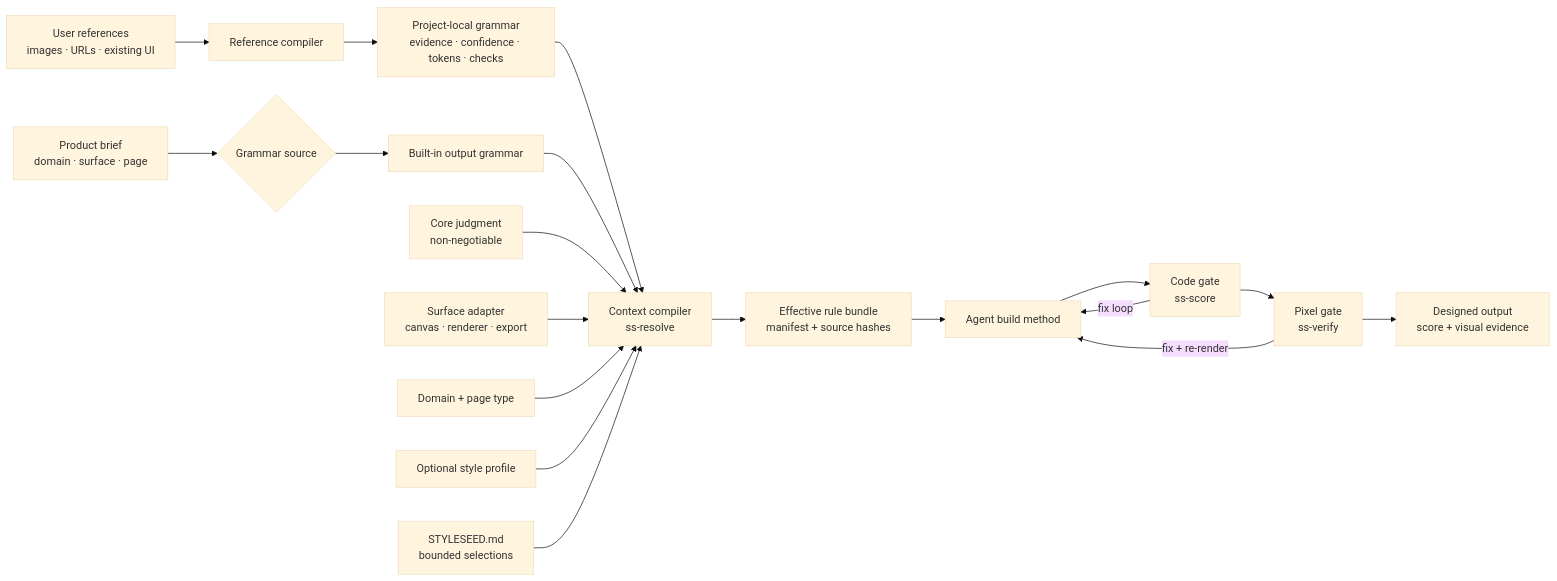
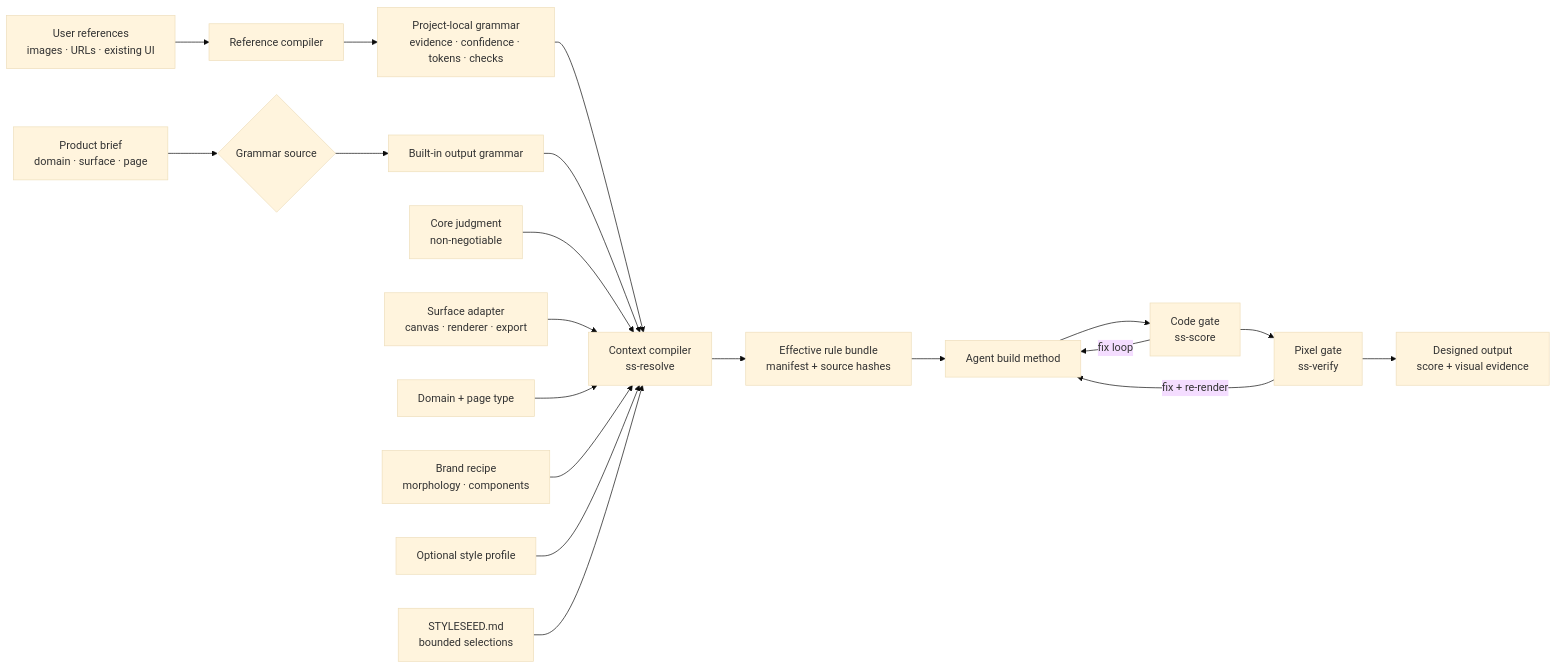
Before and after one commit to bitjaru/styleseed: the diagram in engine/ARCHITECTURE.md, drawn with Mermaid (base theme). The commit also changed other lines of this file and 93 other files, not shown here.

Commit message:
feat: add brand recipe morphology engine

````diff
--- a/engine/ARCHITECTURE.md
+++ b/engine/ARCHITECTURE.md
@@ -11,21 +11,22 @@
 ```mermaid
 flowchart LR
   A[Product brief<br/>domain · surface · page] --> B{Grammar source}
   R[User references<br/>images · URLs · existing UI] --> C[Reference compiler]
   C --> D[Project-local grammar<br/>evidence · confidence · tokens · checks]
   B --> E[Built-in output grammar]
   D --> F[Context compiler<br/>ss-resolve]
   E --> F
   P[Core judgment<br/>non-negotiable] --> F
   S[Surface adapter<br/>canvas · renderer · export] --> F
   X[Domain + page type] --> F
+  Z[Brand recipe<br/>morphology · components] --> F
   Y[Optional style profile] --> F
   L[STYLESEED.md<br/>bounded selections] --> F
   F --> K[Effective rule bundle<br/>manifest + source hashes]
   K --> G[Agent build method]
   G --> H[Code gate<br/>ss-score]
   H -->|fix loop| G
   H --> I[Pixel gate<br/>ss-verify]
   I -->|fix + re-render| G
   I --> J[Designed output<br/>score + visual evidence]
 ```
````
